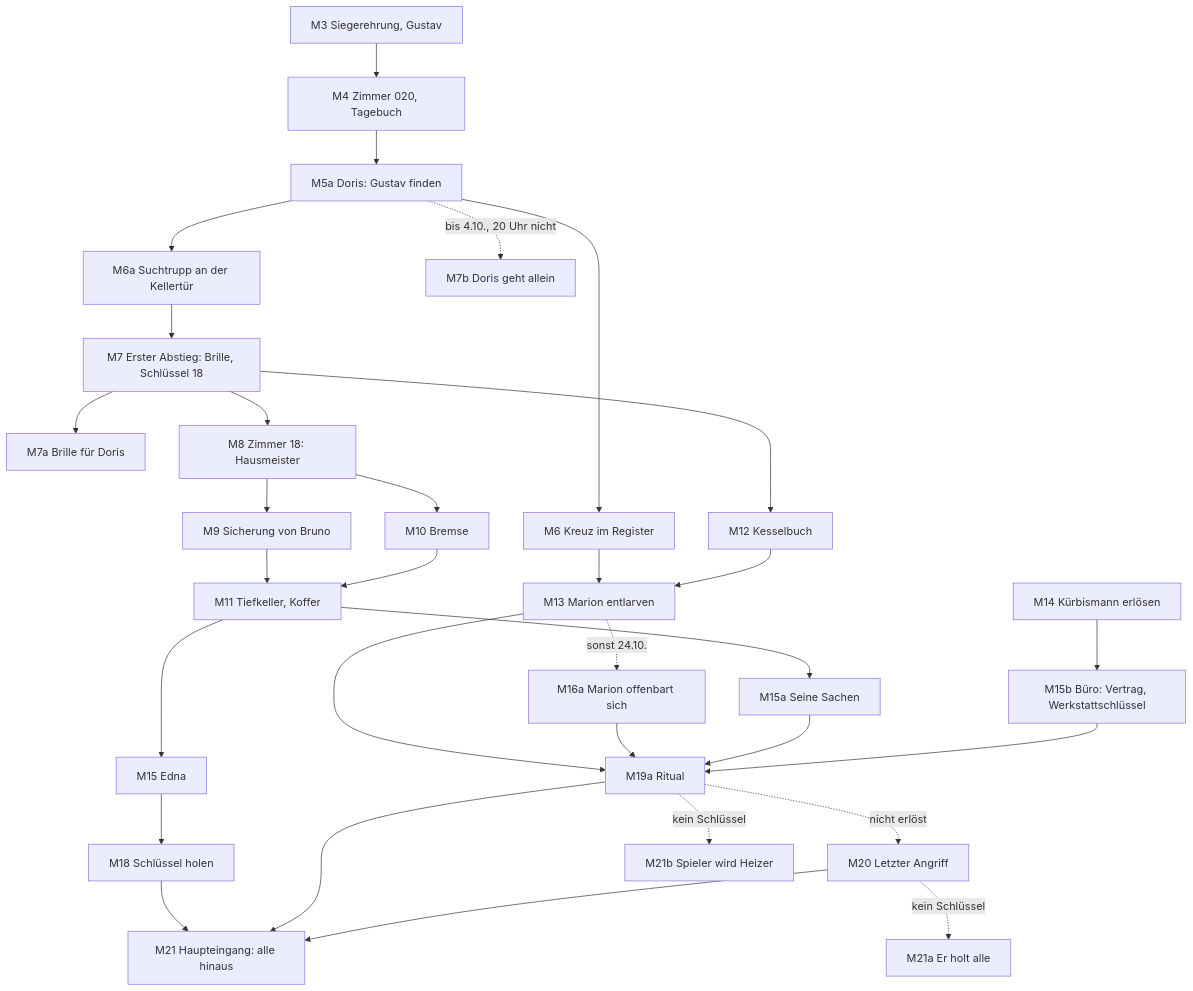
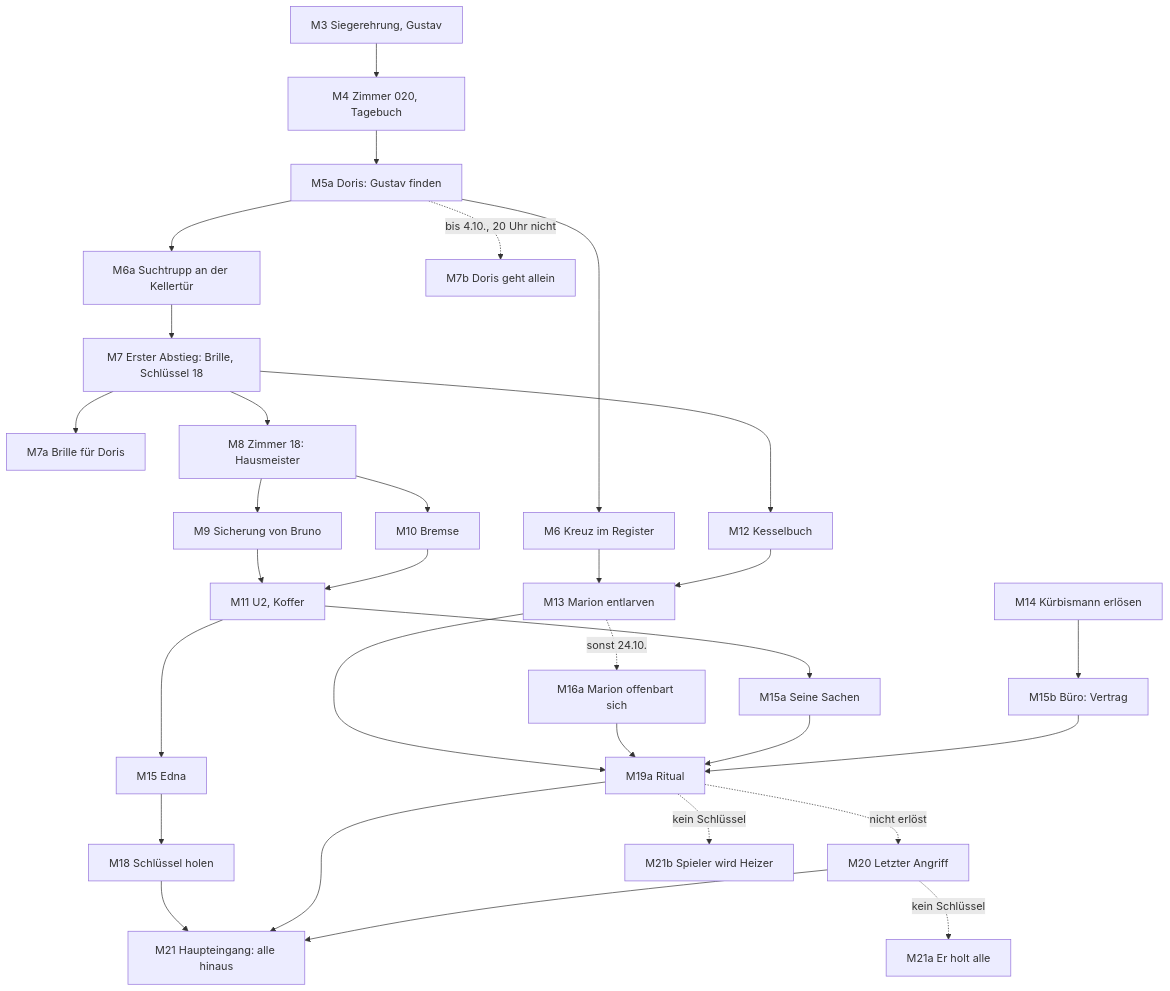
The diagram in HANDLUNG.md (vektorviktor/zimmer13), drawn with Mermaid before and after one commit. The commit also changed other lines of this file and 3 other files, not shown here.

````diff
--- a/HANDLUNG.md
+++ b/HANDLUNG.md
@@ -98,33 +98,33 @@
 ```mermaid
 flowchart TD
   M3[M3 Siegerehrung, Gustav] --> M4[M4 Zimmer 020, Tagebuch]
   M4 --> M5a[M5a Doris: Gustav finden]
   M5a --> M6[M6 Kreuz im Register]
   M5a --> M6a[M6a Suchtrupp an der Kellertür]
   M6a --> M7[M7 Erster Abstieg: Brille, Schlüssel 18]
   M7 --> M7a[M7a Brille für Doris]
   M5a -.->|bis 4.10., 20 Uhr nicht| M7b[M7b Doris geht allein]
   M7 --> M8[M8 Zimmer 18: Hausmeister]
   M8 --> M9[M9 Sicherung von Bruno]
   M8 --> M10[M10 Bremse]
-  M9 --> M11[M11 Tiefkeller, Koffer]
+  M9 --> M11[M11 U2, Koffer]
   M10 --> M11
   M6 --> M13[M13 Marion entlarven]
   M7 --> M12[M12 Kesselbuch]
   M12 --> M13
   M13 -.->|sonst 24.10.| M16a[M16a Marion offenbart sich]
   M11 --> M15[M15 Edna]
   M11 --> M15a[M15a Seine Sachen]
-  M14[M14 Kürbismann erlösen] --> M15b[M15b Büro: Vertrag, Werkstattschlüssel]
+  M14[M14 Kürbismann erlösen] --> M15b[M15b Büro: Vertrag]
   M13 --> M19a[M19a Ritual]
   M16a --> M19a
   M15a --> M19a
   M15b --> M19a
   M19a -.->|nicht erlöst| M20[M20 Letzter Angriff]
   M15 --> M18[M18 Schlüssel holen]
   M18 --> M21[M21 Haupteingang: alle hinaus]
   M19a --> M21
   M20 --> M21
   M20 -.->|kein Schlüssel| M21a[M21a Er holt alle]
   M19a -.->|kein Schlüssel| M21b[M21b Spieler wird Heizer]
 ```
````
